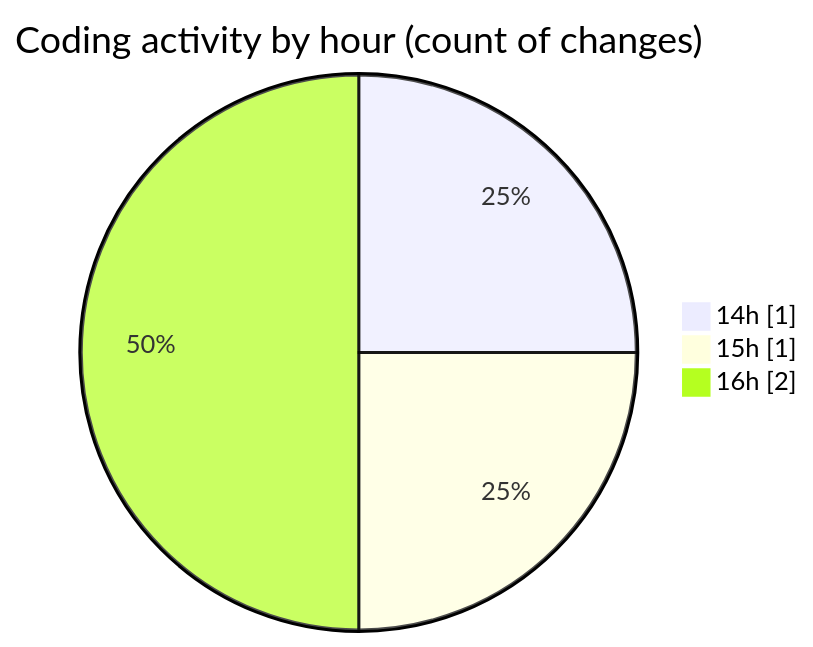
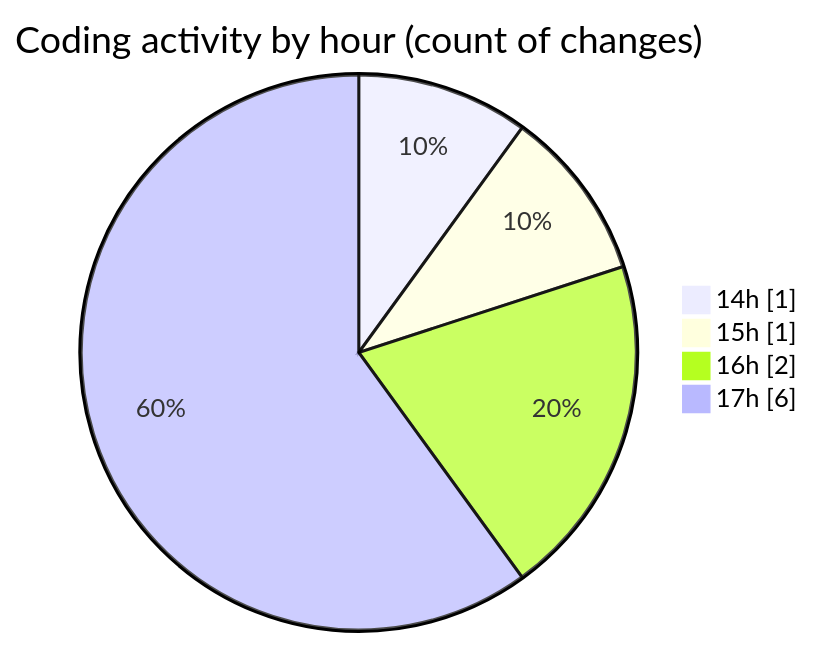
Before and after one commit to ricardozamudiocil/code-tracking: the second of 2 diagrams in 2026-10-26/cilreports__workspace_/README.md, drawn with Mermaid. The commit also changed other lines of this file and 1 other file, not shown here.

````diff
--- a/2026-10-26/cilreports__workspace_/README.md
+++ b/2026-10-26/cilreports__workspace_/README.md
@@ -31,7 +37,8 @@
 ```mermaid
 pie showData
 title Coding activity by hour (count of changes)
 "14h" : 1
 "15h" : 1
 "16h" : 2
+"17h" : 6
 ```
````
